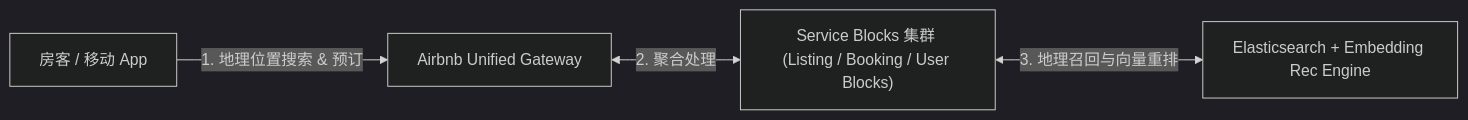
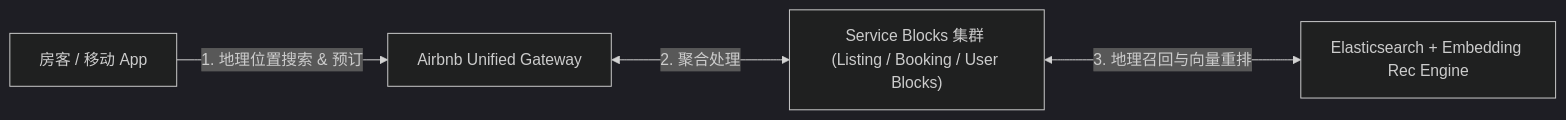
One commit to koosai/AI-Architect-Learning changed the third of 6 diagrams in docs/atlas/airbnb.mdx. Above: the diagram before and after it, drawn with Mermaid (dark theme). The commit also changed other lines of this file and 68 other files, not shown here.

Commit message:
fix(atlas): fix browser client-side Mermaid rendering for mindmaps and flowcharts across 67 case studies

````diff
--- a/docs/atlas/airbnb.mdx
+++ b/docs/atlas/airbnb.mdx
@@ -114,6 +118,6 @@
 ```mermaid
 graph LR
   Guest["房客 / 移动 App"] -->|1. 地理位置搜索 & 预订| APIEntry["Airbnb Unified Gateway"]
-  APIEntry <-->|2. 聚合处理| ServiceBlocks["Service Blocks 集群 (Listing / Booking / User Blocks)"]
-  ServiceBlocks <-->|3. 地理召回与向量重排| SearchEngine["Elasticsearch + Embedding Rec Engine"]
+  APIEntry <--->|2. 聚合处理| ServiceBlocks["Service Blocks 集群 (Listing / Booking / User Blocks)"]
+  ServiceBlocks <--->|3. 地理召回与向量重排| SearchEngine["Elasticsearch + Embedding Rec Engine"]
 ```
````
